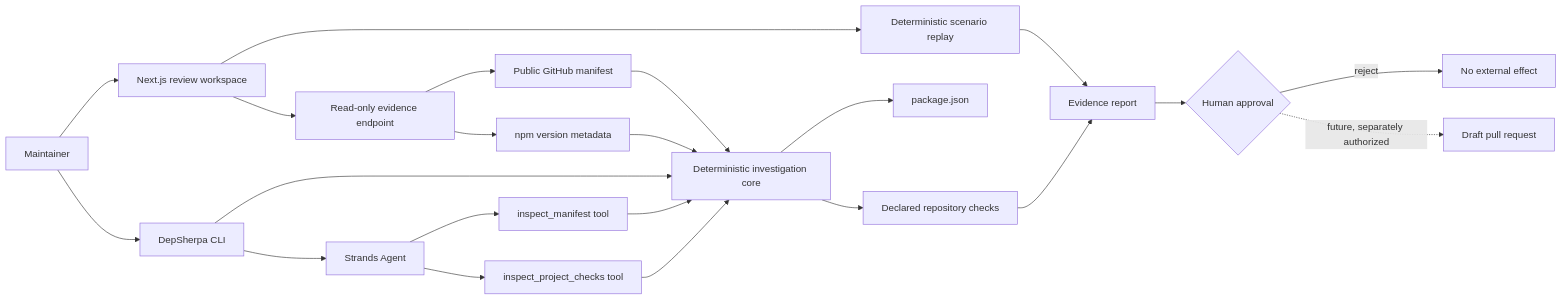
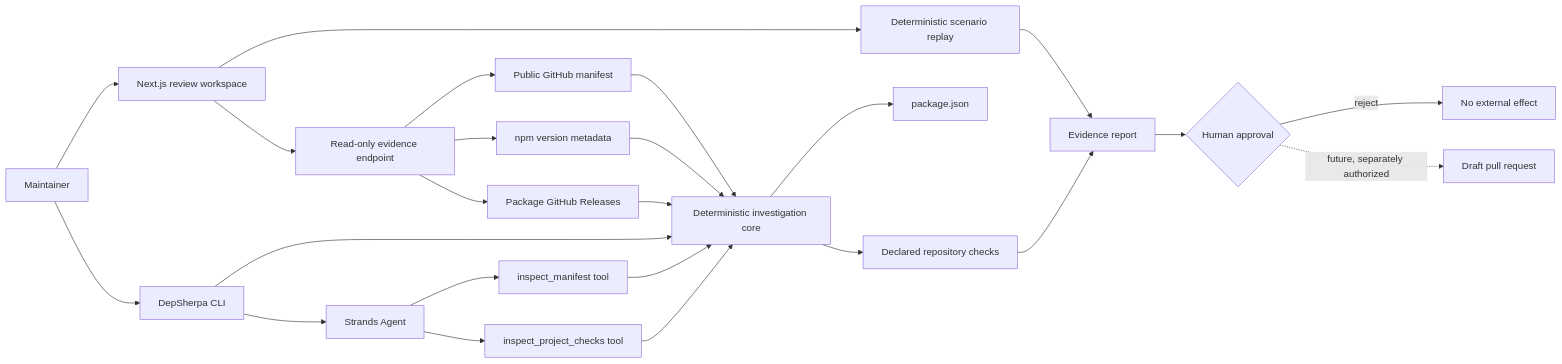
Before and after one commit to cfngc4594/dep-sherpa: the diagram in docs/ARCHITECTURE.md, drawn with Mermaid. The commit also changed other lines of this file and 9 other files, not shown here.

Commit message:
feat: retain GitHub release evidence

````diff
--- a/docs/ARCHITECTURE.md
+++ b/docs/ARCHITECTURE.md
@@ -5,24 +5,26 @@
 ```mermaid
 flowchart LR
     U[Maintainer] --> UI[Next.js review workspace]
     U --> CLI[DepSherpa CLI]
     UI --> DEMO[Deterministic scenario replay]
     UI --> API[Read-only evidence endpoint]
     API --> GH[Public GitHub manifest]
     API --> NPM[npm version metadata]
+    API --> REL[Package GitHub Releases]
     GH --> CORE
     NPM --> CORE
+    REL --> CORE
     CLI --> CORE[Deterministic investigation core]
     CLI --> AGENT[Strands Agent]
     AGENT --> T1[inspect_manifest tool]
     AGENT --> T2[inspect_project_checks tool]
     T1 --> CORE
     T2 --> CORE
     CORE --> MANIFEST[package.json]
     CORE --> CHECKS[Declared repository checks]
     CHECKS --> REPORT[Evidence report]
     DEMO --> REPORT
     REPORT --> GATE{Human approval}
     GATE -->|reject| STOP[No external effect]
     GATE -.->|future, separately authorized| PR[Draft pull request]
 ```
````
